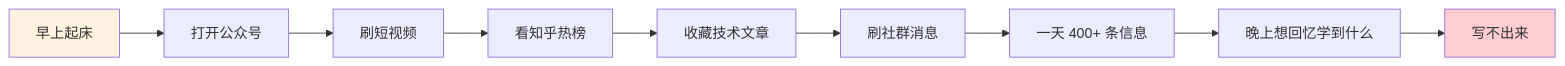
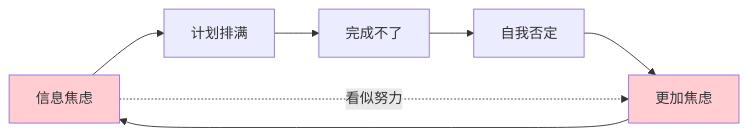
One commit to chongyang211/YCBookBlog changed the first of 2 diagrams in packages/website/13.书籍/04.自我精进·学习/03.信息管理/01.信息过载怎么办.md. Above: the diagram before and after it, drawn with Mermaid. The commit also changed other lines of this file and 83 other files, not shown here.

````diff
--- a/packages/website/13.书籍/04.自我精进·学习/03.信息管理/01.信息过载怎么办.md
+++ b/packages/website/13.书籍/04.自我精进·学习/03.信息管理/01.信息过载怎么办.md
@@ -41,13 +95,11 @@
 ```mermaid
 graph LR
-    A[早上起床] --> B[打开公众号]
-    B --> C[刷短视频]
-    C --> D[看知乎热榜]
-    D --> E[收藏技术文章]
-    E --> F[刷社群消息]
-    F --> G[一天 400+ 条信息]
-    G --> H[晚上想回忆学到什么]
-    H --> I[写不出来]
-    style A fill:#fff3e0
-    style I fill:#ffcdd2
+    A[信息焦虑] --> B[计划排满]
+    B --> C[完成不了]
+    C --> D[自我否定]
+    D --> E[更加焦虑]
+    E --> A
+    A -.看似努力.-> E
+    style A fill:#ffcdd2
+    style E fill:#ffcdd2
 ```
````
